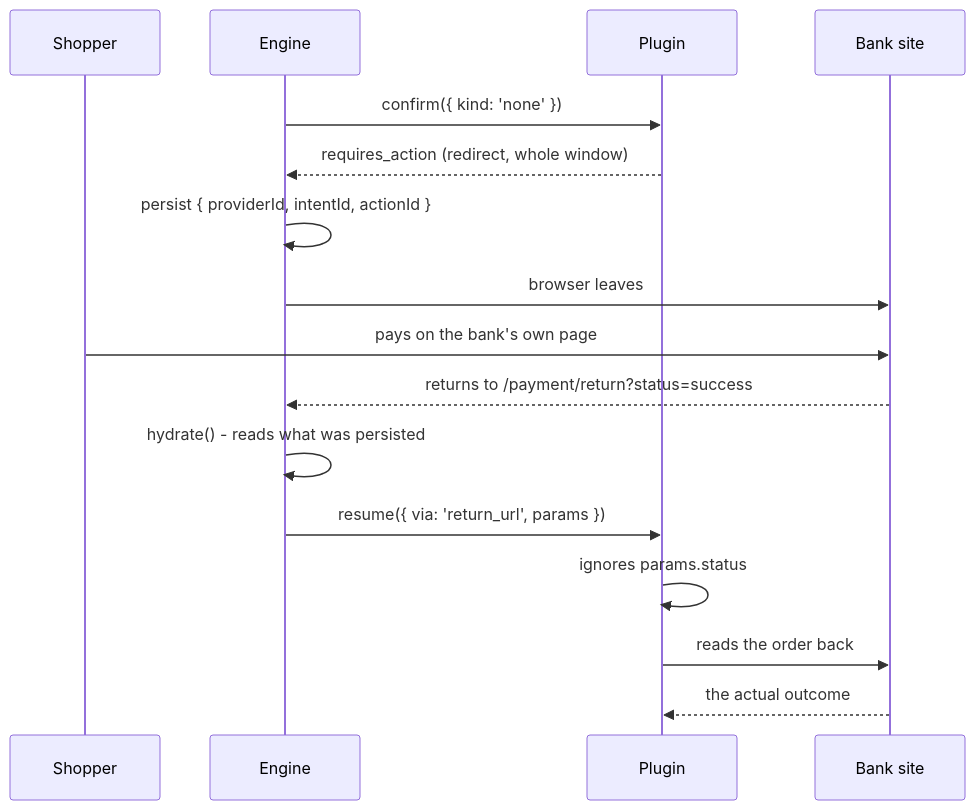
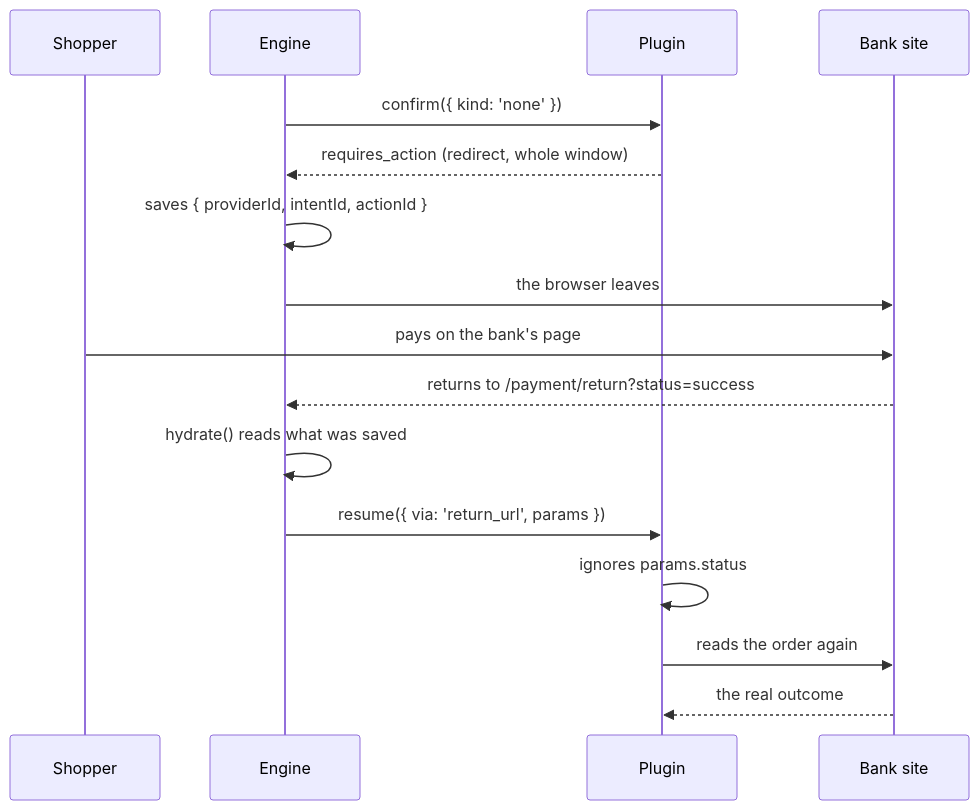
The third of 3 diagrams in docs/architecture.md (themafia98/payment-gateway), drawn with Mermaid before and after one commit. The commit also changed other lines of this file and 60 other files, not shown here.

````diff
--- a/docs/architecture.md
+++ b/docs/architecture.md
@@ -143,19 +133,19 @@
 ```mermaid
 sequenceDiagram
     participant S as Shopper
     participant E as Engine
     participant P as Plugin
     participant B as Bank site
 
     E->>P: confirm({ kind: 'none' })
     P-->>E: requires_action (redirect, whole window)
-    E->>E: persist { providerId, intentId, actionId }
-    E->>B: browser leaves
-    S->>B: pays on the bank's own page
+    E->>E: saves { providerId, intentId, actionId }
+    E->>B: the browser leaves
+    S->>B: pays on the bank's page
     B-->>E: returns to /payment/return?status=success
-    E->>E: hydrate() - reads what was persisted
+    E->>E: hydrate() reads what was saved
     E->>P: resume({ via: 'return_url', params })
     P->>P: ignores params.status
-    P->>B: reads the order back
-    B-->>P: the actual outcome
+    P->>B: reads the order again
+    B-->>P: the real outcome
 ```
````
